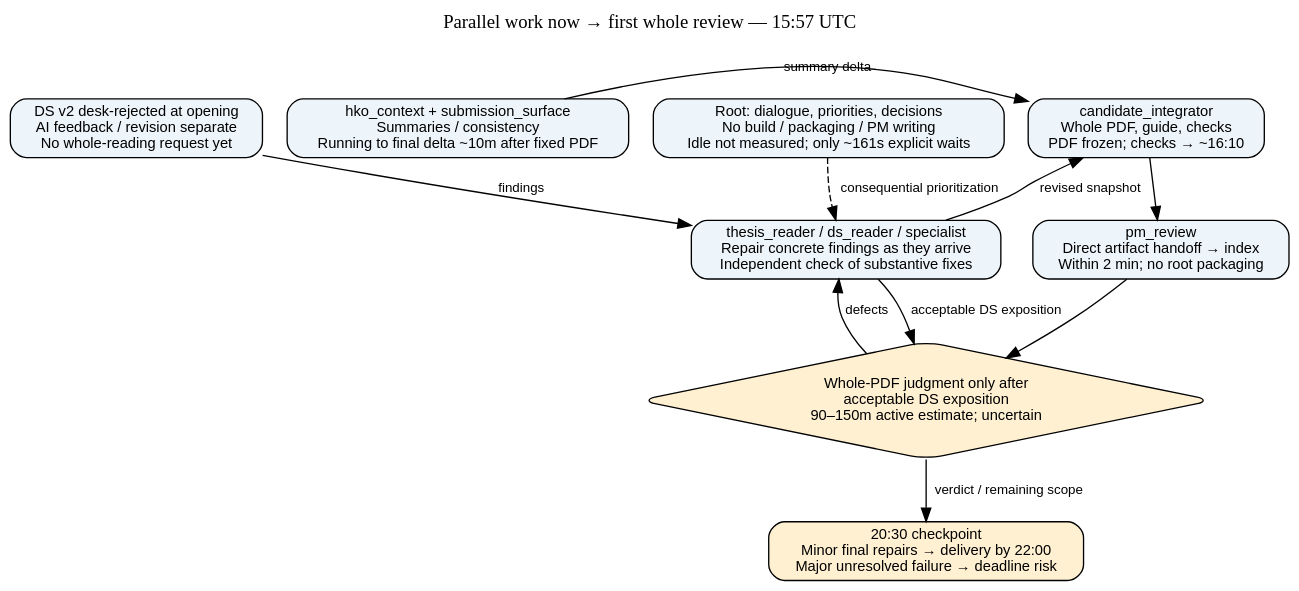
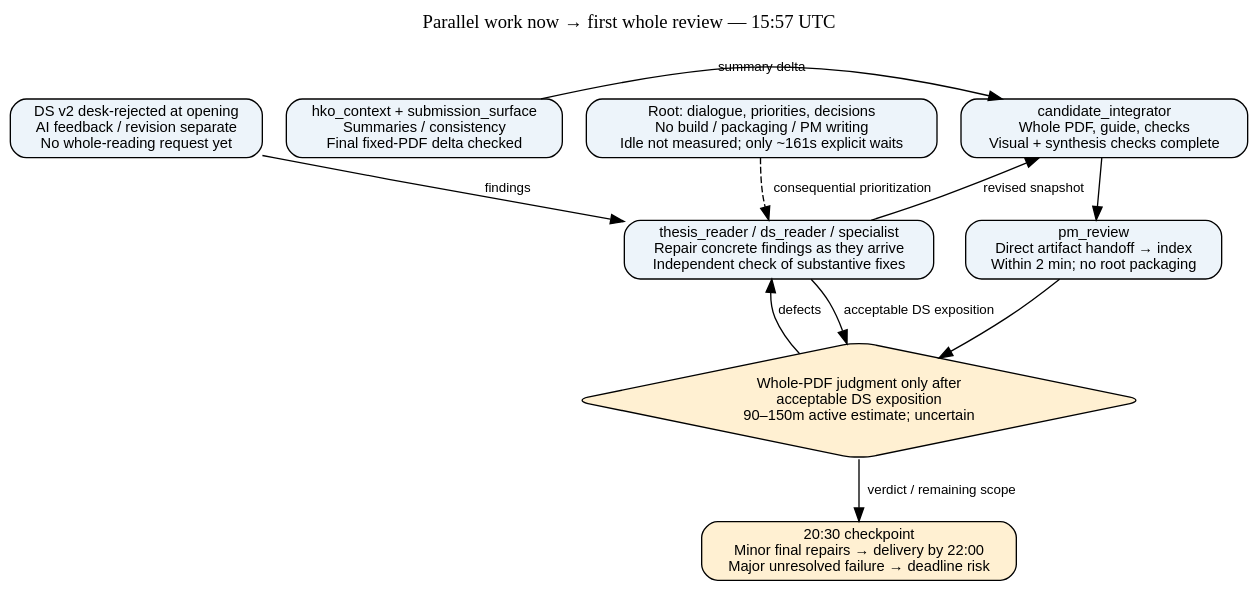
One commit to JoernStoehler/msc-math changed the diagram in docs/task-graph/00-now.dot. Above: the diagram before and after it, drawn with Graphviz. The commit also changed 4 other files, not shown here.

First line of the commit message:
Mark whole snapshot checks complete while retaining the writing gate

```diff
--- a/docs/task-graph/00-now.dot
+++ b/docs/task-graph/00-now.dot
@@ -1,17 +1,17 @@
 digraph now {
  graph [rankdir=TB,label="Parallel work now → first whole review — 15:57 UTC",labelloc=t,bgcolor="transparent"];
  node [shape=box,style="rounded,filled",fillcolor="#edf4fa",fontname="Helvetica",fontsize=11]; edge [fontname="Helvetica",fontsize=10];
  human [label="DS v2 desk-rejected at opening\nAI feedback / revision separate\nNo whole-reading request yet"];
- synthesis [label="hko_context + submission_surface\nSummaries / consistency\nRunning to final delta ~10m after fixed PDF"];
- build [label="candidate_integrator\nWhole PDF, guide, checks\nPDF frozen; checks → ~16:10"];
+ synthesis [label="hko_context + submission_surface\nSummaries / consistency\nFinal fixed-PDF delta checked"];
+ build [label="candidate_integrator\nWhole PDF, guide, checks\nVisual + synthesis checks complete"];
  publish [label="pm_review\nDirect artifact handoff → index\nWithin 2 min; no root packaging"];
  read [shape=diamond,label="Whole-PDF judgment only after\nacceptable DS exposition\n90–150m active estimate; uncertain",fillcolor="#fff0d2"];
  authors [label="thesis_reader / ds_reader / specialist\nRepair concrete findings as they arrive\nIndependent check of substantive fixes"];
  root [label="Root: dialogue, priorities, decisions\nNo build / packaging / PM writing\nIdle not measured; only ~161s explicit waits"];
  end [label="20:30 checkpoint\nMinor final repairs → delivery by 22:00\nMajor unresolved failure → deadline risk",fillcolor="#fff0d2"];
  {rank=same;human;synthesis;build;root;}
  synthesis -> build [label="summary delta"]; build -> publish; publish -> read;
  human -> authors [label="findings"]; authors -> read [label="acceptable DS exposition"];
  authors -> build [label="revised snapshot"]; read -> authors [label="defects"]; read -> end [label="verdict / remaining scope"];
  root -> authors [style=dashed,label="consequential prioritization"];
 }
```
